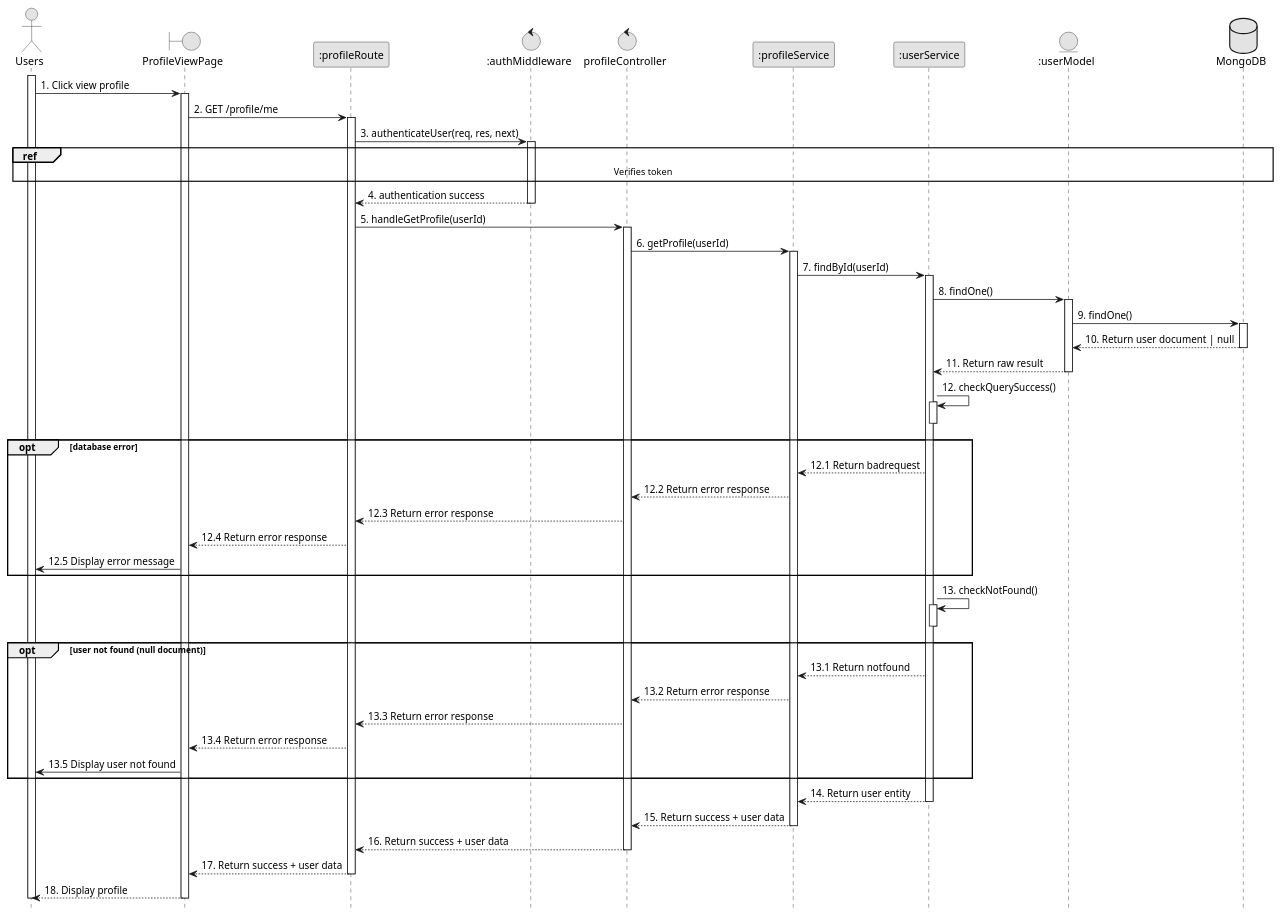
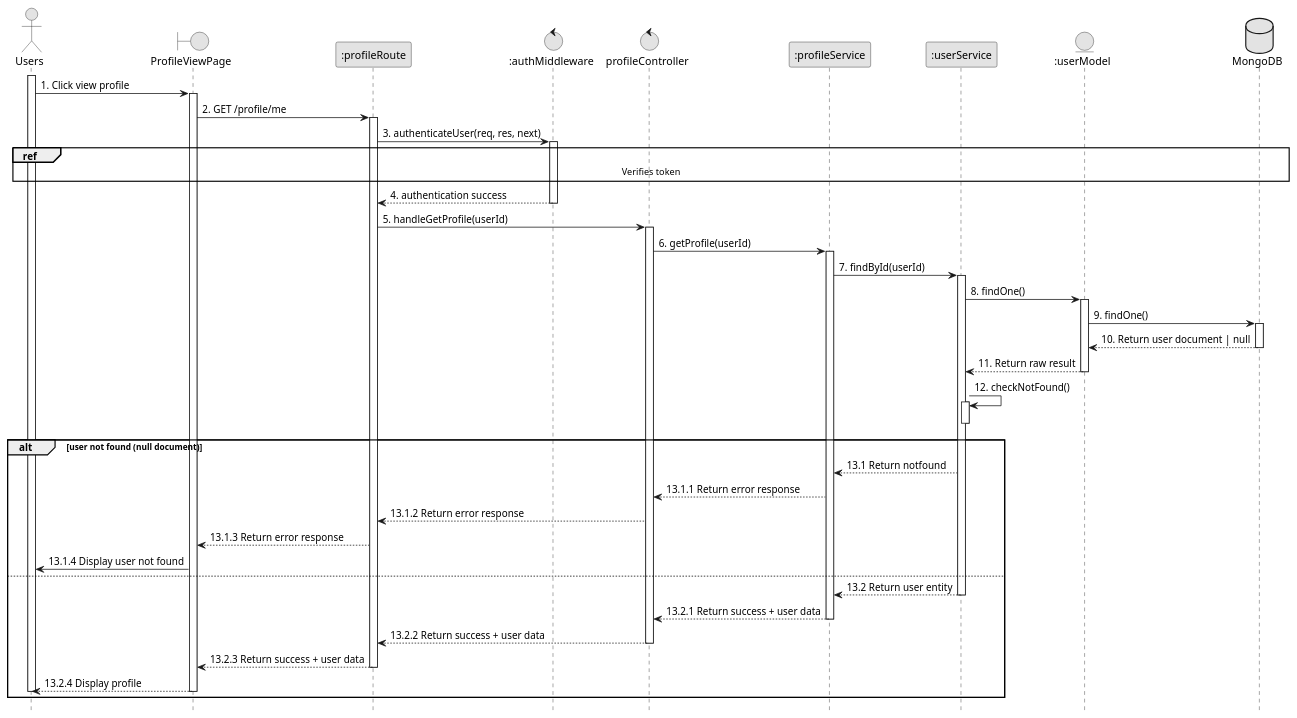
The diagram in planuml/web/9.1_viewProfile.puml (VietDurian/VietDurian), drawn with PlantUML before and after one commit. The commit also changed 14 other files, not shown here.

```diff
--- a/planuml/web/9.1_viewProfile.puml
+++ b/planuml/web/9.1_viewProfile.puml
@@ -1,73 +1,63 @@
 @startuml 9.1_viewProfile
 skinparam monochrome true
 skinparam shadowing false
 skinparam sequenceArrowThickness 1
 hide footbox
 
 actor User as "Users"
 boundary "ProfileViewPage" as UI
 participant ":profileRoute" as Route
 control ":authMiddleware" as AuthMiddleware
 control "profileController" as Controller
 participant ":profileService" as ProfileService
 participant ":userService" as UserService
 entity ":userModel" as UserModel
 database "MongoDB" as DB
 
 activate User
 User -> UI : 1. Click view profile
 activate UI
 UI -> Route : 2. GET /profile/me
 activate Route
 Route -> AuthMiddleware : 3. authenticateUser(req, res, next)
 activate AuthMiddleware
 ref over User, DB: Verifies token
 AuthMiddleware --> Route : 4. authentication success
 deactivate AuthMiddleware
 Route -> Controller : 5. handleGetProfile(userId)
 activate Controller
 Controller -> ProfileService : 6. getProfile(userId)
 activate ProfileService
 ProfileService -> UserService : 7. findById(userId)
 activate UserService
 UserService -> UserModel : 8. findOne()
 activate UserModel
 UserModel -> DB : 9. findOne()
 activate DB
 DB --> UserModel : 10. Return user document | null 
 deactivate DB
 UserModel --> UserService : 11. Return raw result
 deactivate UserModel
-UserService -> UserService : 12. checkQuerySuccess()
+UserService -> UserService : 12. checkNotFound()
 activate UserService
 deactivate UserService
-opt database error
-    UserService --> ProfileService : 12.1 Return badrequest
-    ProfileService --> Controller : 12.2 Return error response
-    Controller --> Route : 12.3 Return error response
-    Route --> UI : 12.4 Return error response
-    UI -> User : 12.5 Display error message
+alt user not found (null document)
+    UserService --> ProfileService : 13.1 Return notfound
+    ProfileService --> Controller : 13.1.1 Return error response
+    Controller --> Route : 13.1.2 Return error response
+    Route --> UI : 13.1.3 Return error response
+    UI -> User : 13.1.4 Display user not found
+else
+    UserService --> ProfileService : 13.2 Return user entity
+    deactivate UserService
+    ProfileService --> Controller : 13.2.1 Return success + user data
+    deactivate ProfileService
+    Controller --> Route : 13.2.2 Return success + user data 
+    deactivate Controller
+    Route --> UI : 13.2.3 Return success + user data 
+    deactivate Route
+    UI --> User : 13.2.4 Display profile
+    deactivate UI
+    deactivate User
 end
-UserService -> UserService : 13. checkNotFound()
-activate UserService
-deactivate UserService
-opt user not found (null document)
-    UserService --> ProfileService : 13.1 Return notfound
-    ProfileService --> Controller : 13.2 Return error response
-    Controller --> Route : 13.3 Return error response
-    Route --> UI : 13.4 Return error response
-    UI -> User : 13.5 Display user not found
-end
-UserService --> ProfileService : 14. Return user entity
-deactivate UserService
-ProfileService --> Controller : 15. Return success + user data
-deactivate ProfileService
-Controller --> Route : 16. Return success + user data 
-deactivate Controller
-Route --> UI : 17. Return success + user data 
-deactivate Route
-UI --> User : 18. Display profile
-deactivate UI
-deactivate User
-
 @enduml
```
